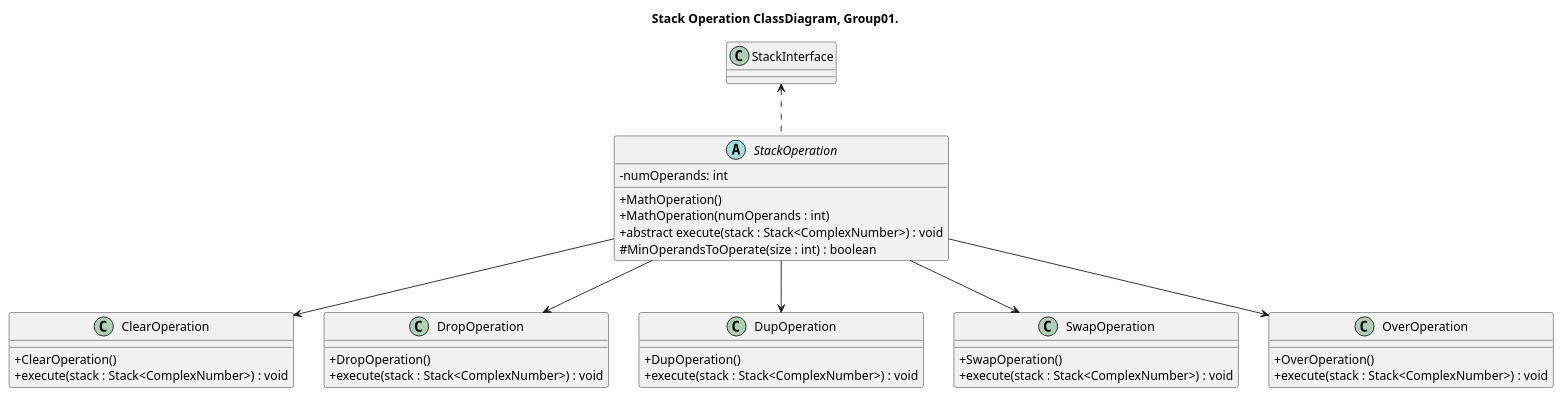
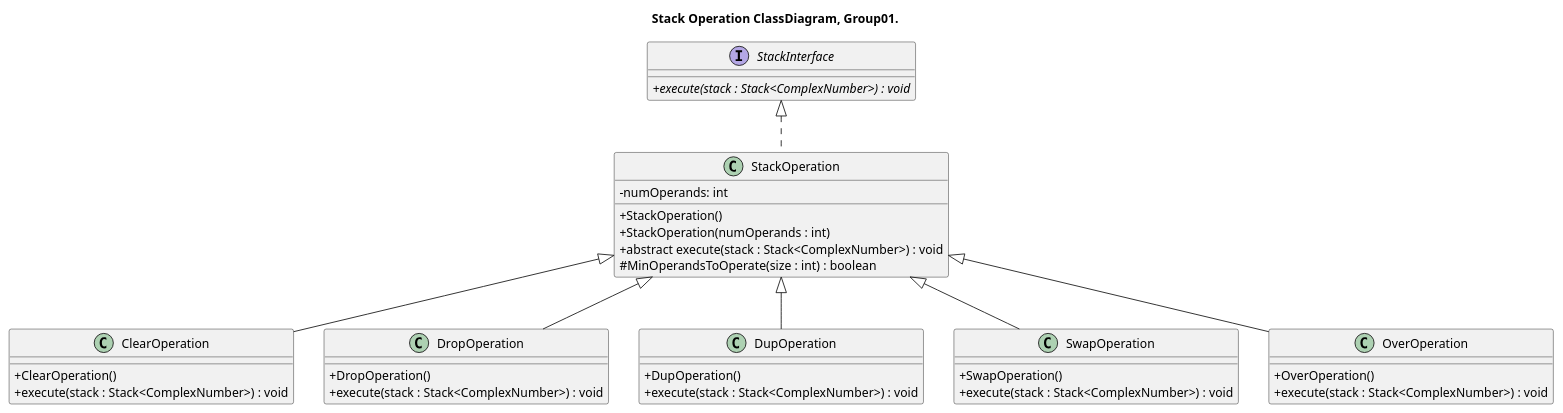
Before and after one commit to CiroCutolo/Scientific_Calculator_group01_2023: the diagram in StackOperation_ClassDiagram_group01.puml, drawn with PlantUML. The commit also changed 3 other files, not shown here.

```diff
--- a/StackOperation_ClassDiagram_group01.puml
+++ b/StackOperation_ClassDiagram_group01.puml
@@ -1,48 +1,52 @@
 @startuml ClassDiagram_group01
 
 
 title Stack Operation ClassDiagram, Group01.
 
 skinparam ClassAttributeIconSize 0
 
+interface StackInterface{
+	+ {abstract} execute(stack : Stack<ComplexNumber>) : void
+}
+
 abstract class StackOperation{
 	- numOperands: int
-	+ MathOperation()	
-	+ MathOperation(numOperands : int)
+	+ StackOperation()	
+	+ StackOperation(numOperands : int)
 	+ abstract execute(stack : Stack<ComplexNumber>) : void
 	# MinOperandsToOperate(size : int) : boolean
 }
 
 class ClearOperation{
         + ClearOperation()
         + execute(stack : Stack<ComplexNumber>) : void
 }
 
 class DropOperation{
         + DropOperation()
         + execute(stack : Stack<ComplexNumber>) : void
 }
 
 class DupOperation{
         + DupOperation()
         + execute(stack : Stack<ComplexNumber>) : void
 }
 
 class SwapOperation{
         + SwapOperation()
         + execute(stack : Stack<ComplexNumber>) : void
 }
 
 class OverOperation{
         + OverOperation()
         + execute(stack : Stack<ComplexNumber>) : void
 }
 
-StackInterface <.down. StackOperation
-StackOperation --> ClearOperation
-StackOperation --> DropOperation
-StackOperation --> DupOperation
-StackOperation --> SwapOperation
-StackOperation --> OverOperation
+class StackOperation implements StackInterface 
+class  ClearOperation extends StackOperation 
+class  DropOperation extends StackOperation
+class  DupOperation extends StackOperation
+class  SwapOperation extends StackOperation
+class  OverOperation extends StackOperation
 
 @enduml
```
